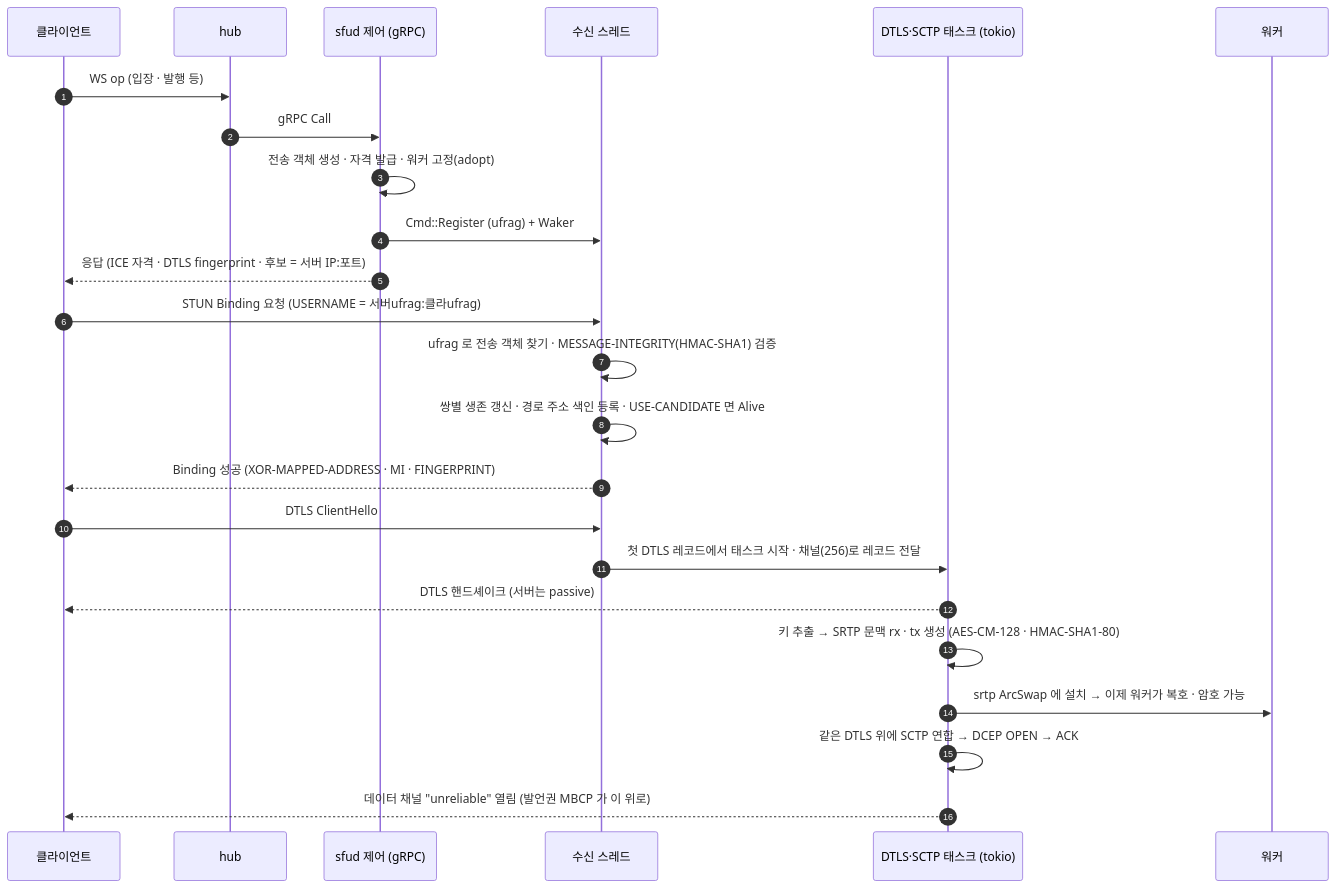
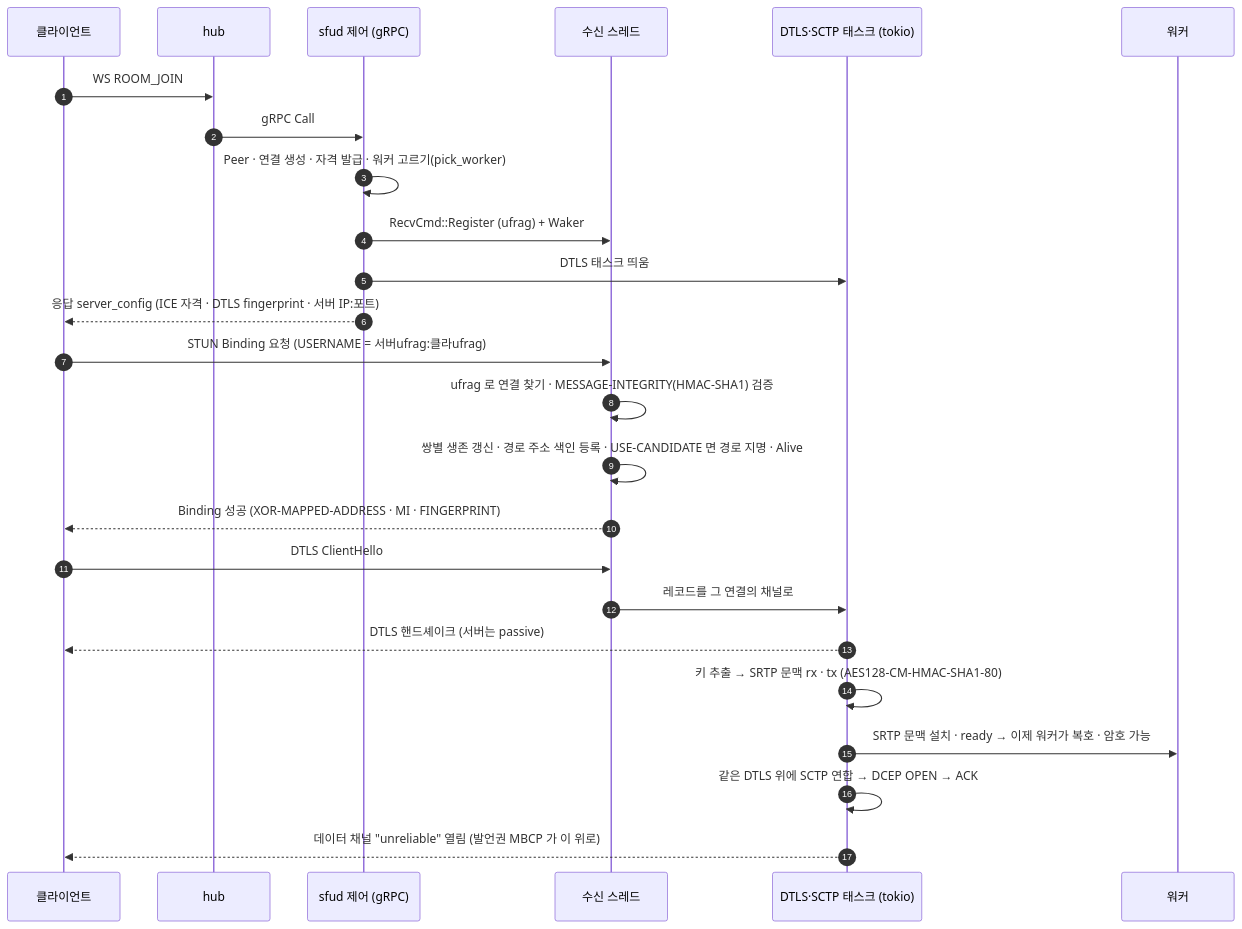
One commit to kodeholic9/oxlens-sfu changed the fifth of 9 diagrams in docs/architecture.md. Above: the diagram before and after it, drawn with Mermaid. The commit also changed other lines of this file and 16 other files, not shown here.

First line of the commit message:
공개 문서 현행화 — 연동규격서 공개본 따라잡기(v1.4 이후) · 학습 문서(docs/learn) 신설 · 서버 형상(architecture.md) 40c5ce0 기준 다시 씀 · README 문서 표

````diff
--- a/docs/architecture.md
+++ b/docs/architecture.md
@@ -259,29 +267,30 @@
 ```mermaid
 sequenceDiagram
     autonumber
     participant C as 클라이언트
     participant H as hub
     participant G as sfud 제어 (gRPC)
     participant R as 수신 스레드
     participant D as DTLS·SCTP 태스크 (tokio)
     participant W as 워커
 
-    C->>H: WS op (입장 · 발행 등)
+    C->>H: WS ROOM_JOIN
     H->>G: gRPC Call
-    G->>G: 전송 객체 생성 · 자격 발급 · 워커 고정(adopt)
-    G->>R: Cmd::Register (ufrag) + Waker
-    G-->>C: 응답 (ICE 자격 · DTLS fingerprint · 후보 = 서버 IP:포트)
+    G->>G: Peer · 연결 생성 · 자격 발급 · 워커 고르기(pick_worker)
+    G->>R: RecvCmd::Register (ufrag) + Waker
+    G->>D: DTLS 태스크 띄움
+    G-->>C: 응답 server_config (ICE 자격 · DTLS fingerprint · 서버 IP:포트)
 
     C->>R: STUN Binding 요청 (USERNAME = 서버ufrag:클라ufrag)
-    R->>R: ufrag 로 전송 객체 찾기 · MESSAGE-INTEGRITY(HMAC-SHA1) 검증
-    R->>R: 쌍별 생존 갱신 · 경로 주소 색인 등록 · USE-CANDIDATE 면 Alive
+    R->>R: ufrag 로 연결 찾기 · MESSAGE-INTEGRITY(HMAC-SHA1) 검증
+    R->>R: 쌍별 생존 갱신 · 경로 주소 색인 등록 · USE-CANDIDATE 면 경로 지명 · Alive
     R-->>C: Binding 성공 (XOR-MAPPED-ADDRESS · MI · FINGERPRINT)
 
     C->>R: DTLS ClientHello
-    R->>D: 첫 DTLS 레코드에서 태스크 시작 · 채널(256)로 레코드 전달
+    R->>D: 레코드를 그 연결의 채널로
     D-->>C: DTLS 핸드셰이크 (서버는 passive)
-    D->>D: 키 추출 → SRTP 문맥 rx · tx 생성 (AES-CM-128 · HMAC-SHA1-80)
-    D->>W: srtp ArcSwap 에 설치 → 이제 워커가 복호 · 암호 가능
+    D->>D: 키 추출 → SRTP 문맥 rx · tx (AES128-CM-HMAC-SHA1-80)
+    D->>W: SRTP 문맥 설치 · ready → 이제 워커가 복호 · 암호 가능
     D->>D: 같은 DTLS 위에 SCTP 연합 → DCEP OPEN → ACK
     D-->>C: 데이터 채널 "unreliable" 열림 (발언권 MBCP 가 이 위로)
 ```
````
